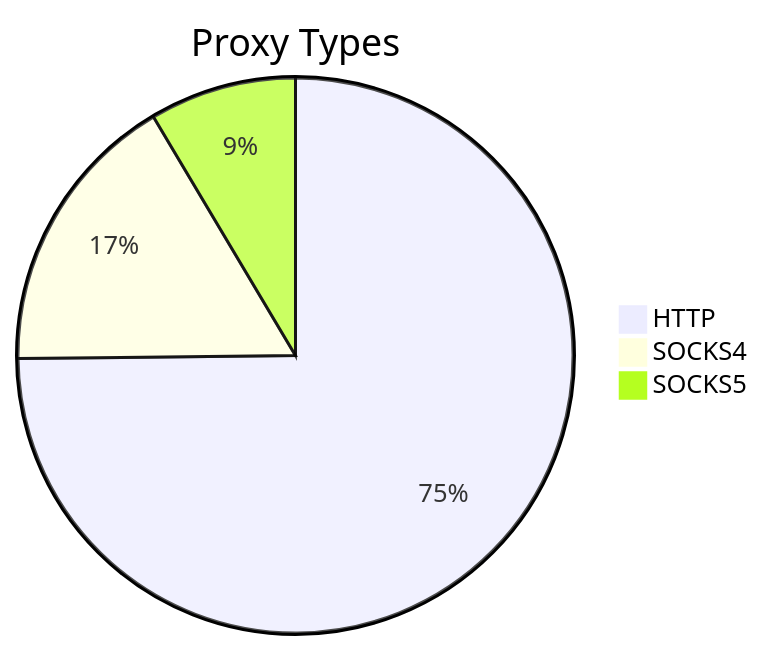
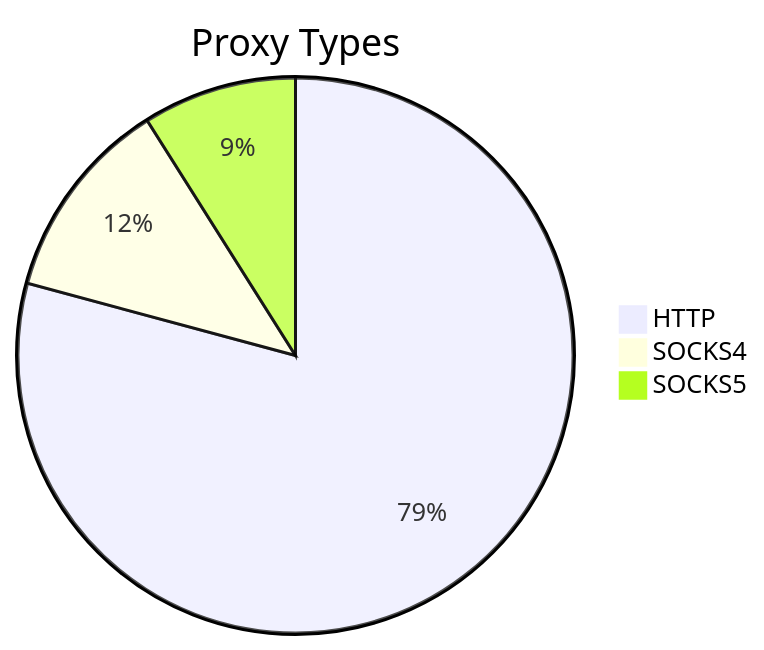
Before and after one commit to stormsia/proxy-list: the first of 2 diagrams in README.md, drawn with Mermaid. The commit also changed other lines of this file, not shown here.

````diff
--- a/README.md
+++ b/README.md
@@ -21,6 +21,6 @@
 ```mermaid
 pie title Proxy Types
-    "HTTP" : 324
-    "SOCKS4" : 72
-    "SOCKS5" : 37
+    "HTTP" : 274
+    "SOCKS4" : 41
+    "SOCKS5" : 31
 ```
````
